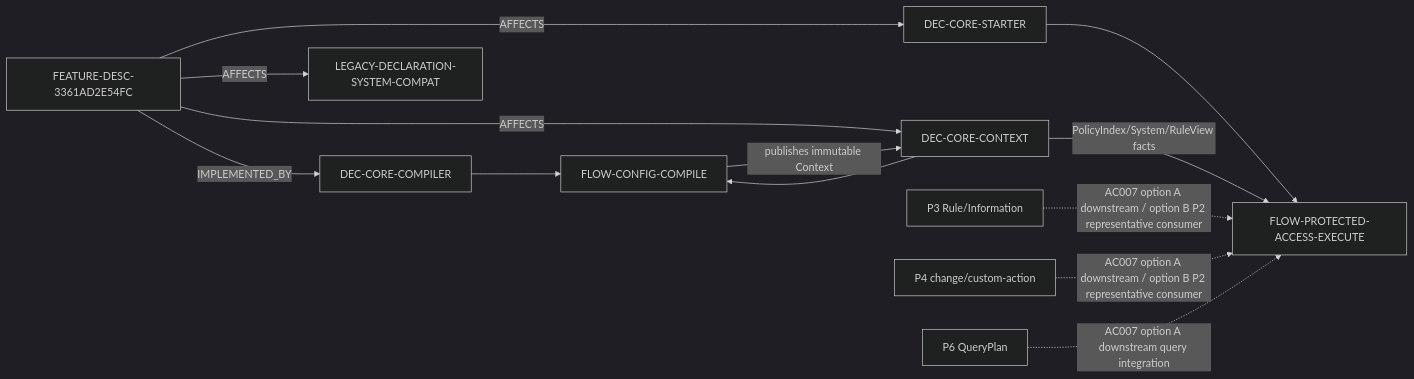
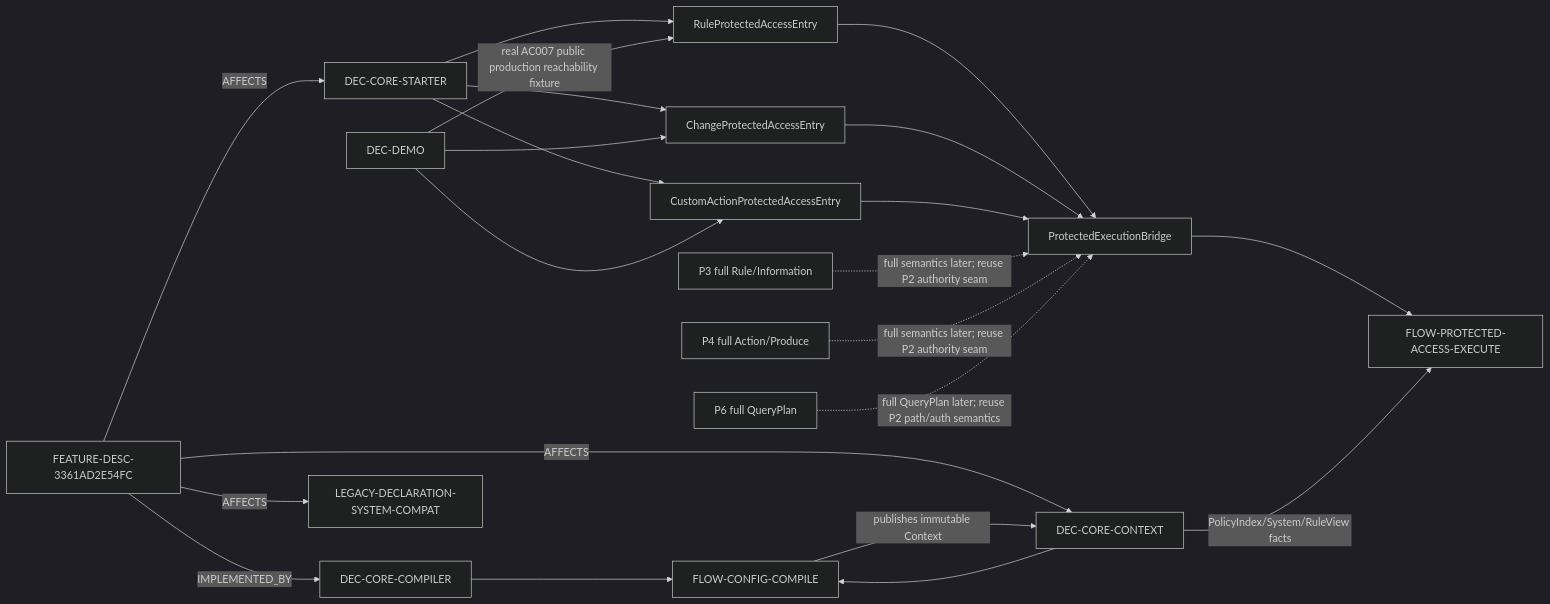
One commit to szlwin/doc-eq-code-Dgremlin changed the diagram in project_doc/docs/_relations/dependency_graph.md. Above: the diagram before and after it, drawn with Mermaid (dark theme). The commit also changed other lines of this file and 14 other files, not shown here.

````diff
--- a/project_doc/docs/_relations/dependency_graph.md
+++ b/project_doc/docs/_relations/dependency_graph.md
@@ -10,26 +11,42 @@
 ```mermaid
 flowchart LR
   F[FEATURE-DESC-3361AD2E54FC]
   C[DEC-CORE-COMPILER]
   X[DEC-CORE-CONTEXT]
   S[DEC-CORE-STARTER]
+  D[DEC-DEMO]
   L[LEGACY-DECLARATION-SYSTEM-COMPAT]
   FC[FLOW-CONFIG-COMPILE]
   FR[FLOW-PROTECTED-ACCESS-EXECUTE]
-  P3[P3 Rule/Information]
-  P4[P4 change/custom-action]
-  P6[P6 QueryPlan]
+  R[RuleProtectedAccessEntry]
+  CH[ChangeProtectedAccessEntry]
+  A[CustomActionProtectedAccessEntry]
+  B[ProtectedExecutionBridge]
+  P3[P3 full Rule/Information]
+  P4[P4 full Action/Produce]
+  P6[P6 full QueryPlan]
 
   F -->|IMPLEMENTED_BY| C
   F -->|AFFECTS| X
   F -->|AFFECTS| S
   F -->|AFFECTS| L
   C --> FC
   X --> FC
-  S --> FR
   FC -->|publishes immutable Context| X
+
+  S --> R
+  S --> CH
+  S --> A
+  R --> B
+  CH --> B
+  A --> B
+  B --> FR
   X -->|PolicyIndex/System/RuleView facts| FR
-  P3 -. AC007 option A downstream / option B P2 representative consumer .-> FR
-  P4 -. AC007 option A downstream / option B P2 representative consumer .-> FR
-  P6 -. AC007 option A downstream query integration .-> FR
+  D -->|real AC007 public production reachability fixture| R
+  D --> CH
+  D --> A
+
+  P3 -. full semantics later; reuse P2 authority seam .-> B
+  P4 -. full semantics later; reuse P2 authority seam .-> B
+  P6 -. full QueryPlan later; reuse P2 path/auth semantics .-> B
 ```
````
